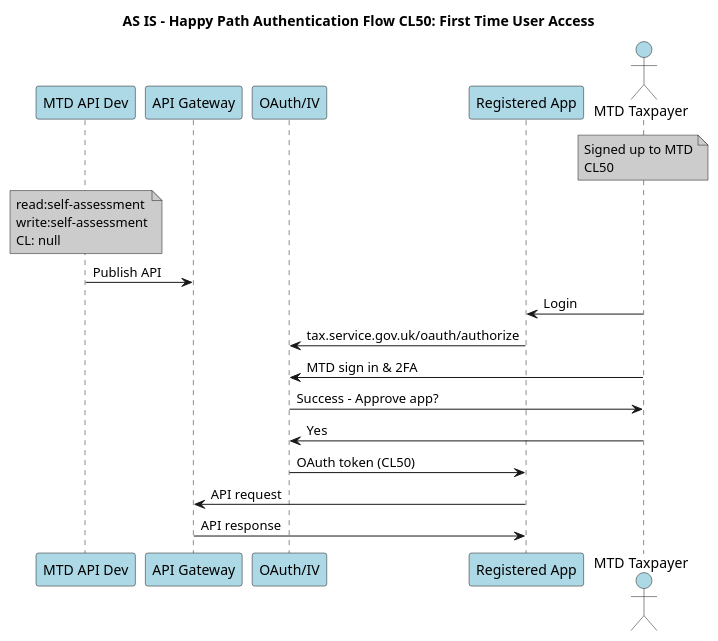
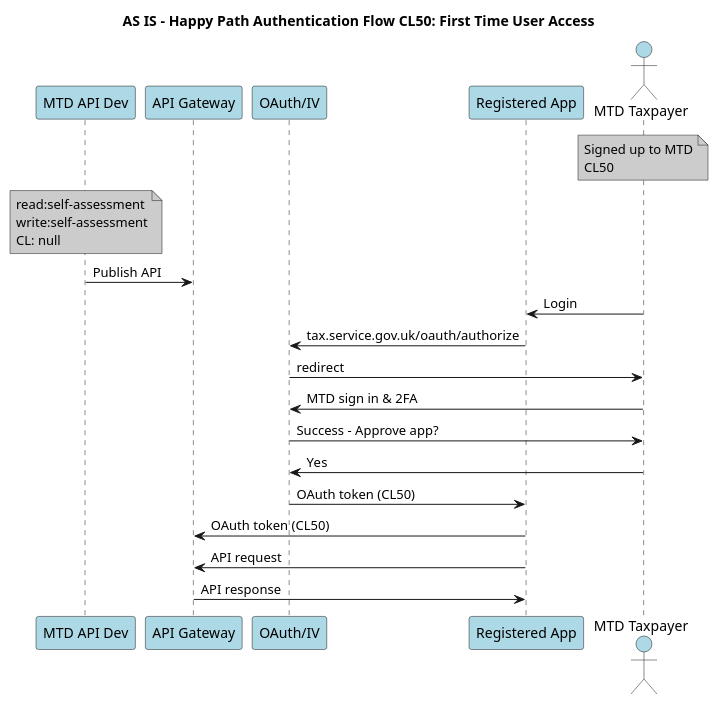
The diagram in Confidence Level/CL-50-Happy Path.puml (hmrc/api-architecture), drawn with PlantUML before and after one commit. The commit also changed 829 other files, not shown here.

```diff
--- a/Confidence Level/CL-50-Happy Path.puml
+++ b/Confidence Level/CL-50-Happy Path.puml
@@ -1,33 +1,35 @@
 @startuml
 
 title
 AS IS - Happy Path Authentication Flow CL50: First Time User Access
 end title
 
 participant MTD as "MTD API Dev" #lightblue
 participant APIG as "API Gateway" #lightblue
 'participant IV as "Identity Verfication"
 participant OA as "OAuth/IV" #lightblue
 participant 3PV as "Registered App" #lightblue
 actor       TP  as "MTD Taxpayer" #lightblue
 
 note over TP #CCCCCC
 Signed up to MTD
 CL50
 end note
 note over MTD #CCCCCC
 read:self-assessment
 write:self-assessment
 CL: null
 end note
 MTD -> APIG : Publish API
 TP -> 3PV: Login
 3PV -> OA: tax.service.gov.uk/oauth/authorize
+OA -> TP: redirect
 TP -> OA: MTD sign in & 2FA
 OA -> TP: Success - Approve app?
 TP -> OA: Yes
 OA -> 3PV: OAuth token (CL50)
+3PV -> APIG: OAuth token (CL50)
 3PV -> APIG: API request
 APIG -> 3PV: API response
 
 @enduml
```
